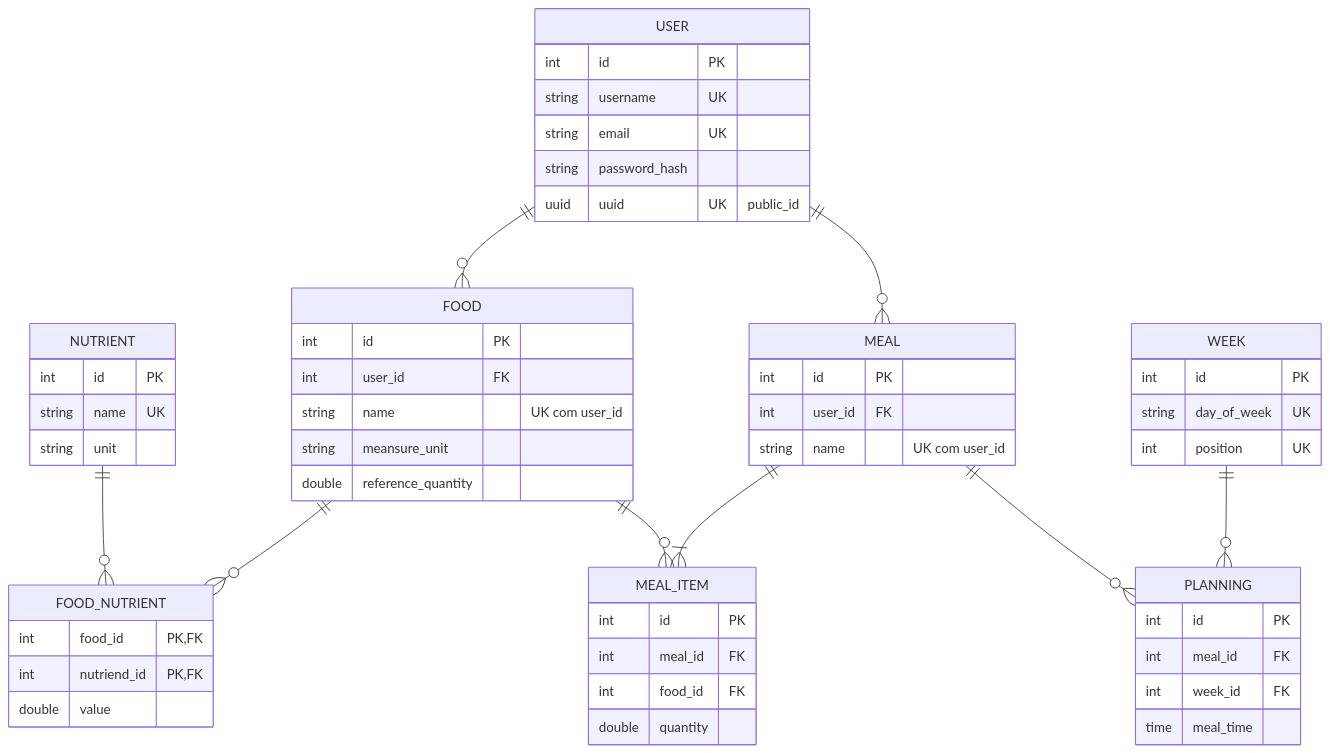
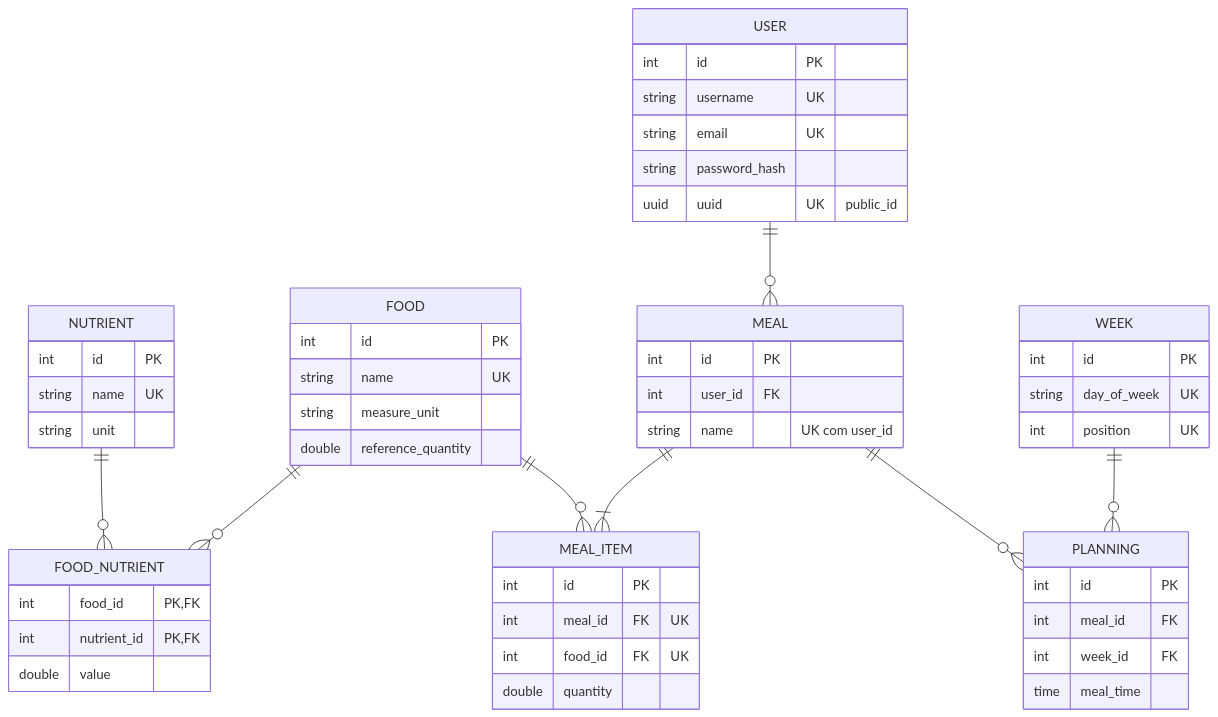
Before and after one commit to guilhcarvalho/MyDietSheet: the diagram in docs/entity_relationship.md, drawn with Mermaid. The commit also changed 1 other file, not shown here.

Commit message:
docs: New docs, project changes.

````diff
--- a/docs/entity_relationship.md
+++ b/docs/entity_relationship.md
@@ -2,58 +2,56 @@
 ```mermaid
 erDiagram
-    USER ||--o{ FOOD : " "
     FOOD ||--o{ FOOD_NUTRIENT: " "
     NUTRIENT ||--o{ FOOD_NUTRIENT: " "
     USER ||--o{ MEAL: " "
     MEAL ||--|{ MEAL_ITEM: " "
     FOOD ||--o{ MEAL_ITEM: " "
     WEEK ||--o{ PLANNING: " "
     MEAL ||--o{ PLANNING: " "
 
     USER {
         int id PK
         string username UK
         string email UK
         string password_hash
         uuid uuid UK "public_id"
     }
     FOOD {
         int id PK
-        int user_id FK
-        string name "UK com user_id"
-        string meansure_unit
+        string name UK
+        string measure_unit
         double reference_quantity
     }
     NUTRIENT {
         int id PK
         string name UK
         string unit
     }
     FOOD_NUTRIENT {
         int food_id PK, FK
-        int nutriend_id PK, FK
+        int nutrient_id PK, FK
         double value
     }
     MEAL {
         int id PK
         int user_id FK
         string name "UK com user_id"
     }
     MEAL_ITEM {
         int id PK
-        int meal_id FK
-        int food_id FK
+        int meal_id FK "UK"
+        int food_id FK "UK"
         double quantity
     }
     PLANNING {
         int id PK
         int meal_id FK
         int week_id FK
         time meal_time
     }
     WEEK {
         int id PK
         string day_of_week UK
         int position UK
     }
 ```
````
